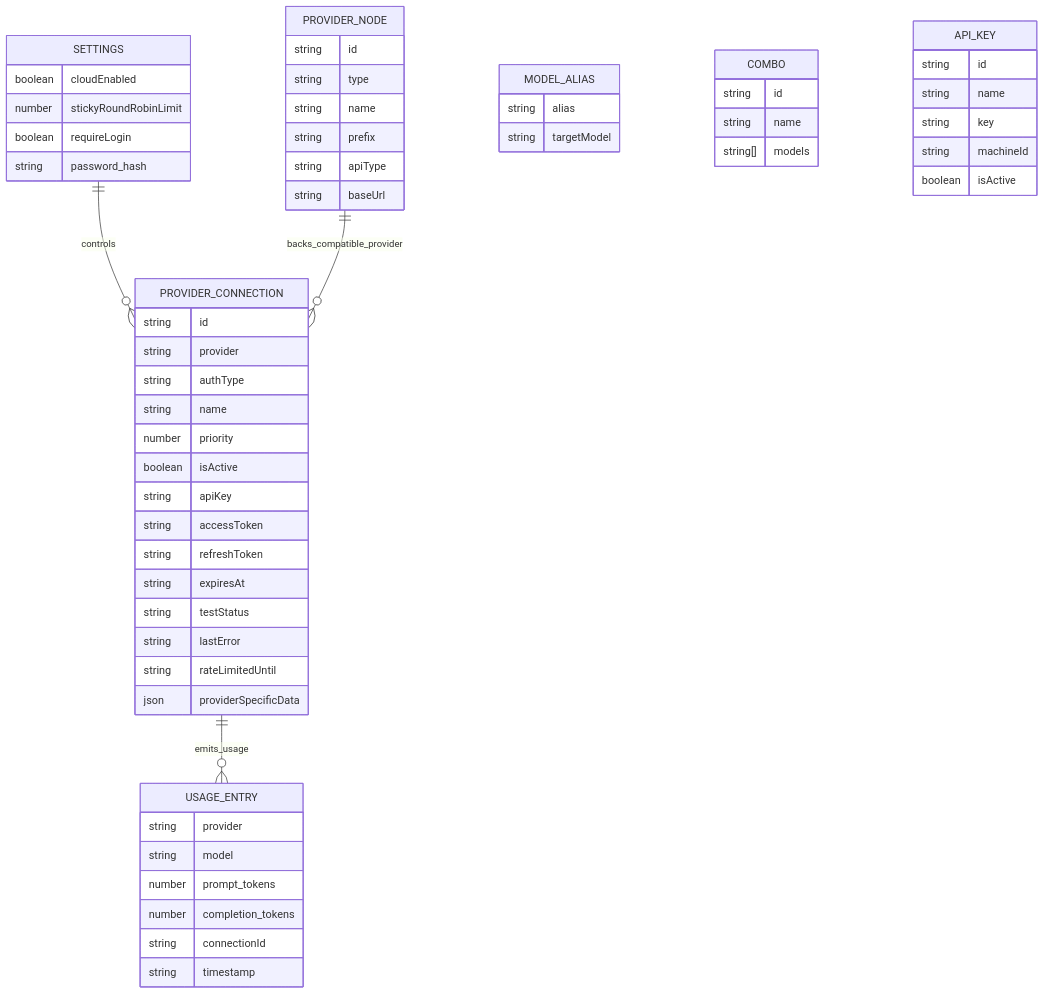
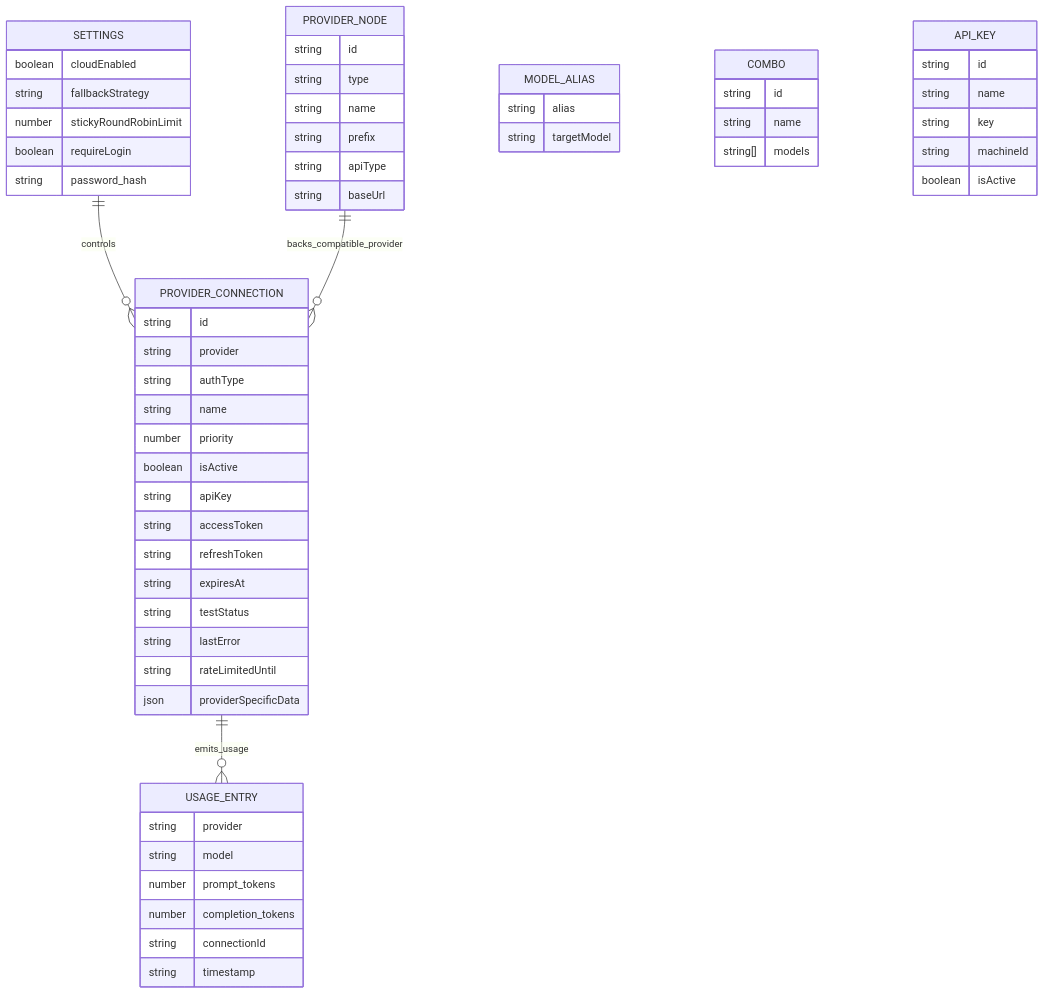
Before and after one commit to golamrabbi696/EzRouter: the sixth of 7 diagrams in docs/ARCHITECTURE.md, drawn with Mermaid. The commit also changed 6 other files, not shown here.

````diff
--- a/docs/ARCHITECTURE.md
+++ b/docs/ARCHITECTURE.md
@@ -310,67 +310,68 @@
 ```mermaid
 erDiagram
     SETTINGS ||--o{ PROVIDER_CONNECTION : controls
     PROVIDER_NODE ||--o{ PROVIDER_CONNECTION : backs_compatible_provider
     PROVIDER_CONNECTION ||--o{ USAGE_ENTRY : emits_usage
 
     SETTINGS {
       boolean cloudEnabled
+      string fallbackStrategy
       number stickyRoundRobinLimit
       boolean requireLogin
       string password_hash
     }
 
     PROVIDER_CONNECTION {
       string id
       string provider
       string authType
       string name
       number priority
       boolean isActive
       string apiKey
       string accessToken
       string refreshToken
       string expiresAt
       string testStatus
       string lastError
       string rateLimitedUntil
       json providerSpecificData
     }
 
     PROVIDER_NODE {
       string id
       string type
       string name
       string prefix
       string apiType
       string baseUrl
     }
 
     MODEL_ALIAS {
       string alias
       string targetModel
     }
 
     COMBO {
       string id
       string name
       string[] models
     }
 
     API_KEY {
       string id
       string name
       string key
       string machineId
       boolean isActive
     }
 
     USAGE_ENTRY {
       string provider
       string model
       number prompt_tokens
       number completion_tokens
       string connectionId
       string timestamp
     }
 ```
````
